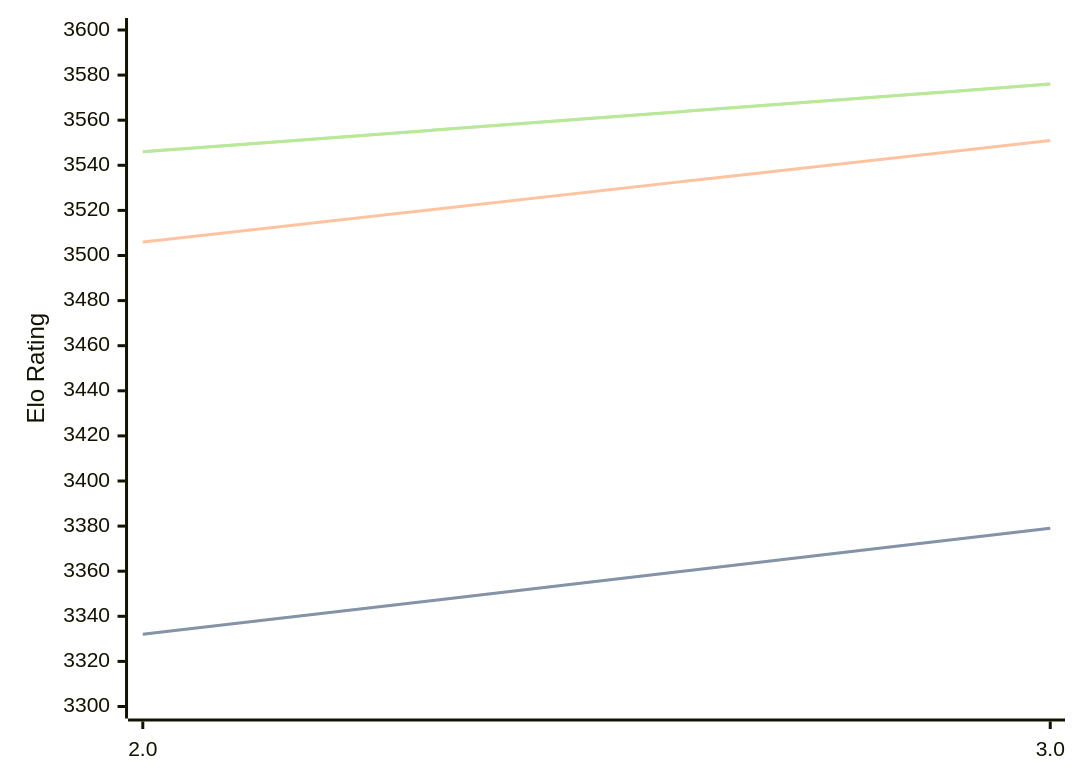
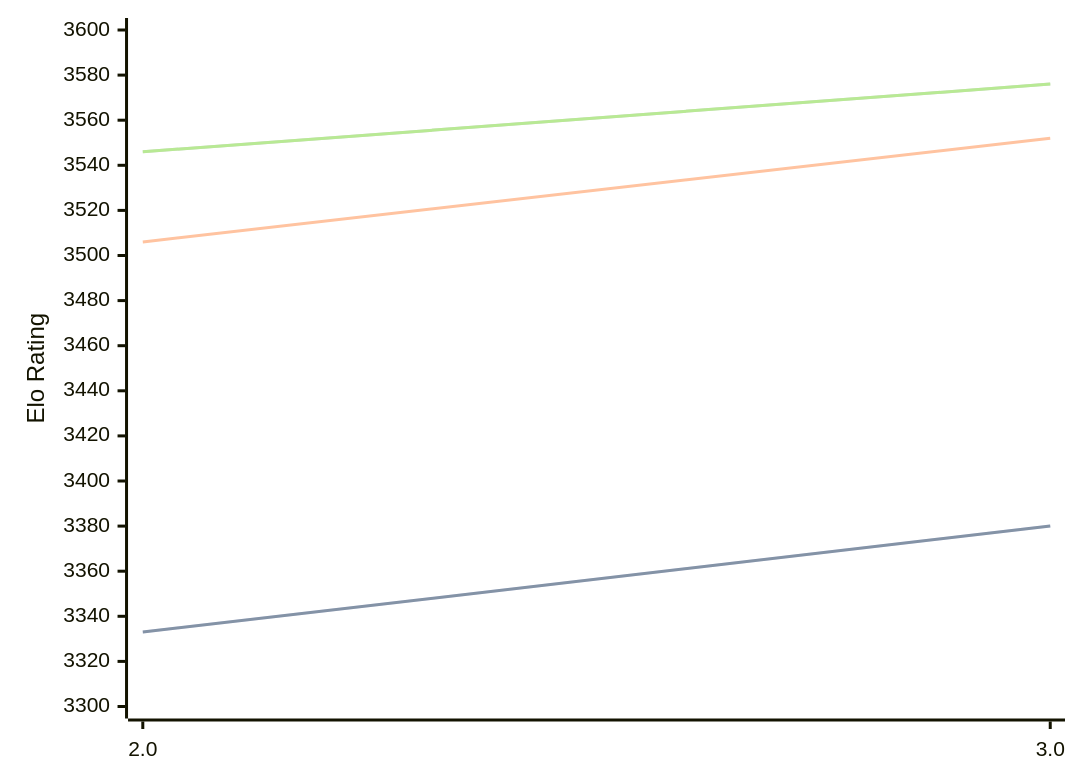
Before and after one commit to computer-chess-index/cci: the diagram in engines/Quanticade.md, drawn with Mermaid. The commit also changed other lines of this file, not shown here.

Commit message:
Update CCI Ratings (ELO VLTC) - 2026-04-24

````diff
--- a/engines/Quanticade.md
+++ b/engines/Quanticade.md
@@ -41,11 +41,11 @@
 ```mermaid
 %%{init: {"theme":"base","themeVariables":{"seriesColors:['#a3a3a3','#222221','#faa371']}}}%%
 xychart-beta
   x-axis ["2.0", "3.0"]
   y-axis "Elo Rating" 3300 --> 3600
-  line "STC (8.0+0.08s)" [3332, 3379]
-  line "STC (8.0+0.08s)" [3332, 3379]
-  line "LTC (60.0+0.60s)" [3506, 3551]
+  line "STC (8.0+0.08s)" [3333, 3380]
+  line "STC (8.0+0.08s)" [3333, 3380]
+  line "LTC (60.0+0.60s)" [3506, 3552]
   line "VLTC (2m24s+1.12s)" [3546, 3576]
   line "VLTC (2m24s+1.12s)" [3546, 3576]
 ```
````
